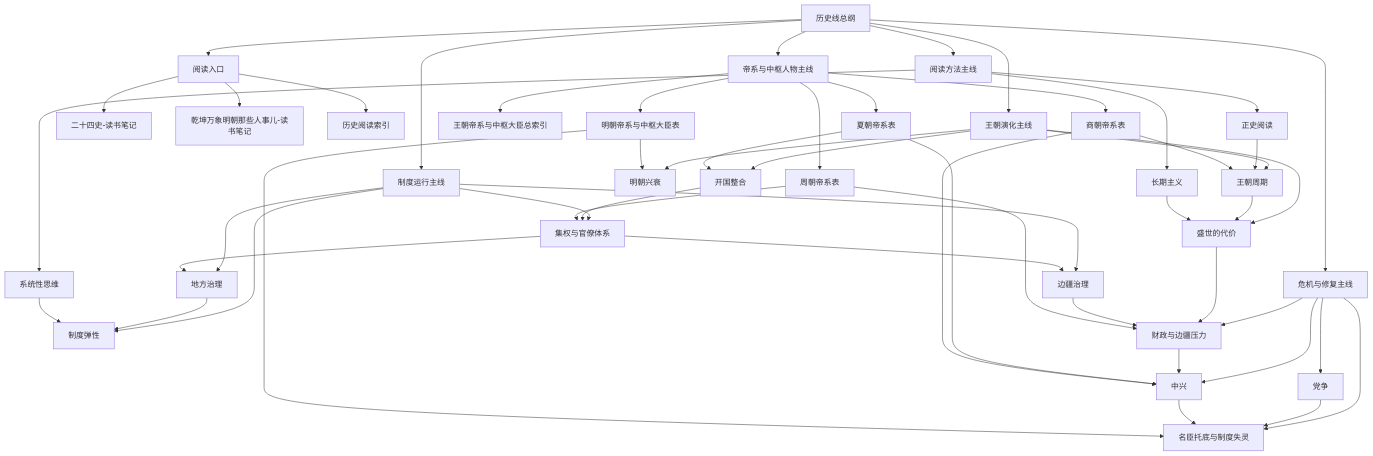
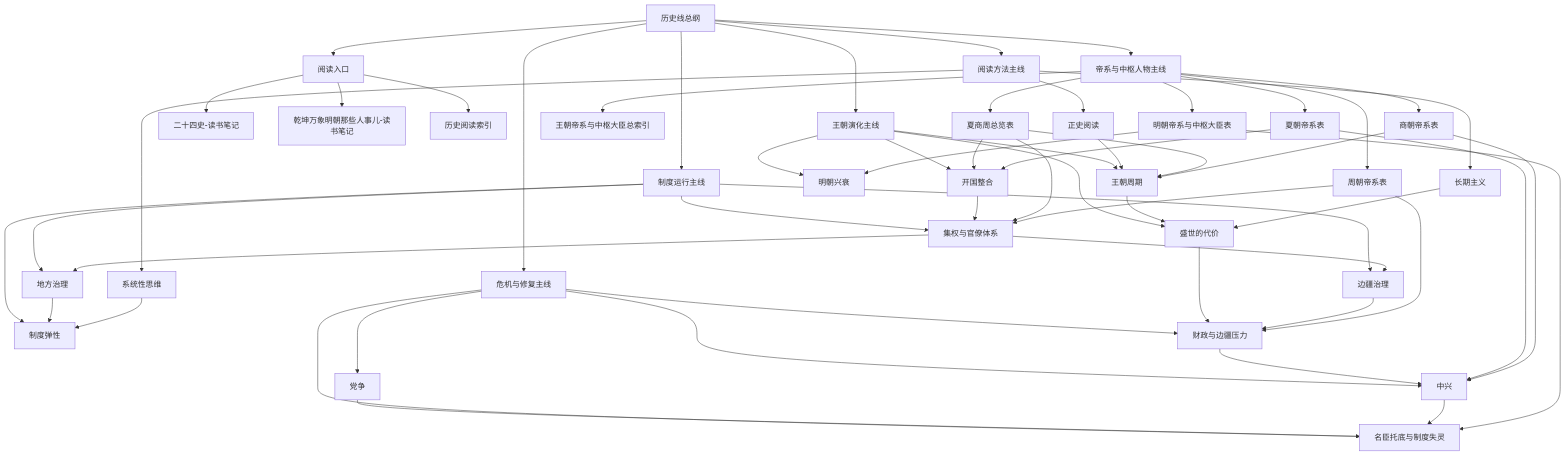
The diagram in 历史线总纲.md (zhuguang-ZFG/reading), drawn with Mermaid before and after one commit. The commit also changed other lines of this file and 4 other files, not shown here.

````diff
--- a/历史线总纲.md
+++ b/历史线总纲.md
@@ -23,62 +23,66 @@
 ```mermaid
 flowchart TD
     A[历史线总纲]
 
     A --> B[阅读入口]
     A --> C[王朝演化主线]
     A --> D[制度运行主线]
     A --> E[危机与修复主线]
     A --> F[阅读方法主线]
     A --> G[帝系与中枢人物主线]
 
     B --> B1[二十四史-读书笔记]
     B --> B2[乾坤万象明朝那些人事儿-读书笔记]
     B --> B3[历史阅读索引]
 
     C --> C1[开国整合]
     C --> C2[王朝周期]
     C --> C3[盛世的代价]
     C --> C4[明朝兴衰]
 
     D --> D1[集权与官僚体系]
     D --> D2[地方治理]
     D --> D3[边疆治理]
     D --> D4[制度弹性]
 
     E --> E1[财政与边疆压力]
     E --> E2[党争]
     E --> E3[中兴]
     E --> E4[名臣托底与制度失灵]
 
     F --> F1[正史阅读]
     F --> F2[系统性思维]
     F --> F3[长期主义]
 
     G --> G1[王朝帝系与中枢大臣总索引]
-    G --> G2[夏朝帝系表]
-    G --> G3[商朝帝系表]
-    G --> G4[周朝帝系表]
-    G --> G5[明朝帝系与中枢大臣表]
+    G --> G2[夏商周总览表]
+    G --> G3[夏朝帝系表]
+    G --> G4[商朝帝系表]
+    G --> G5[周朝帝系表]
+    G --> G6[明朝帝系与中枢大臣表]
 
     C1 --> D1
     C2 --> C3
     C3 --> E1
     D1 --> D2
     D1 --> D3
     D2 --> D4
     D3 --> E1
     E1 --> E3
     E2 --> E4
     E3 --> E4
     F1 --> C2
     F2 --> D4
     F3 --> C3
     G2 --> C1
-    G2 --> E3
-    G3 --> C2
+    G2 --> C2
+    G2 --> D1
+    G3 --> C1
     G3 --> E3
-    G4 --> D1
-    G4 --> E1
-    G5 --> C4
-    G5 --> E4
+    G4 --> C2
+    G4 --> E3
+    G5 --> D1
+    G5 --> E1
+    G6 --> C4
+    G6 --> E4
 ```
````
